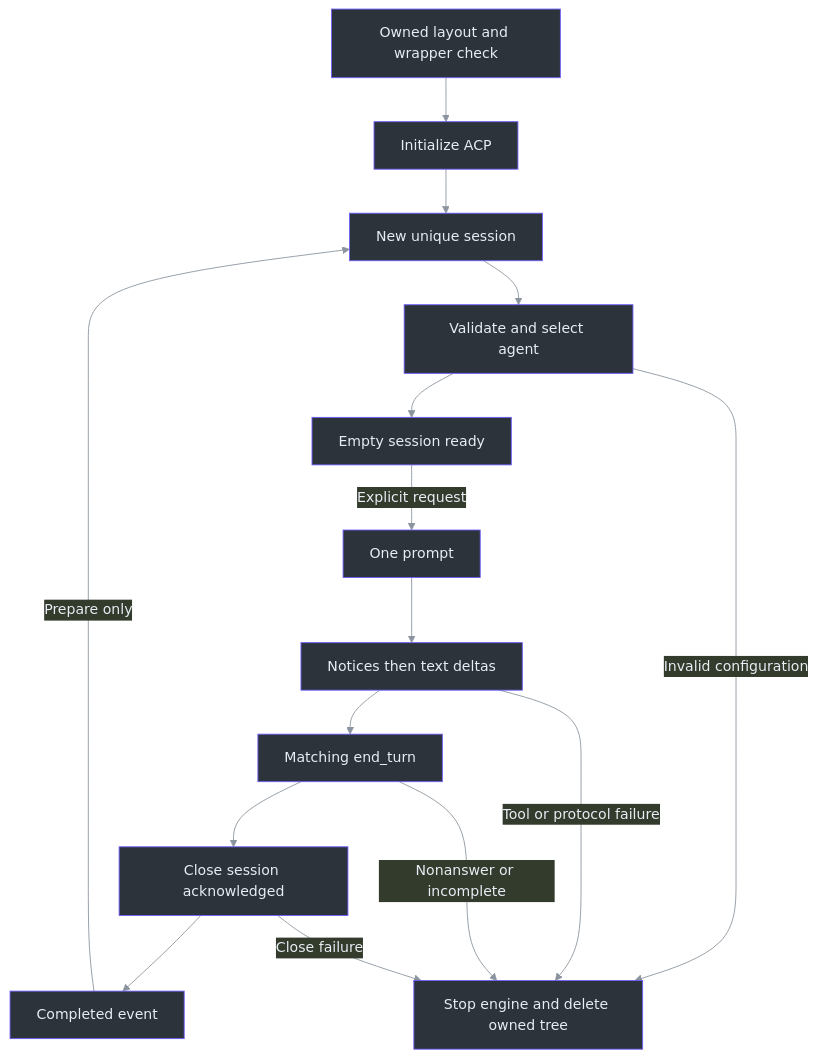
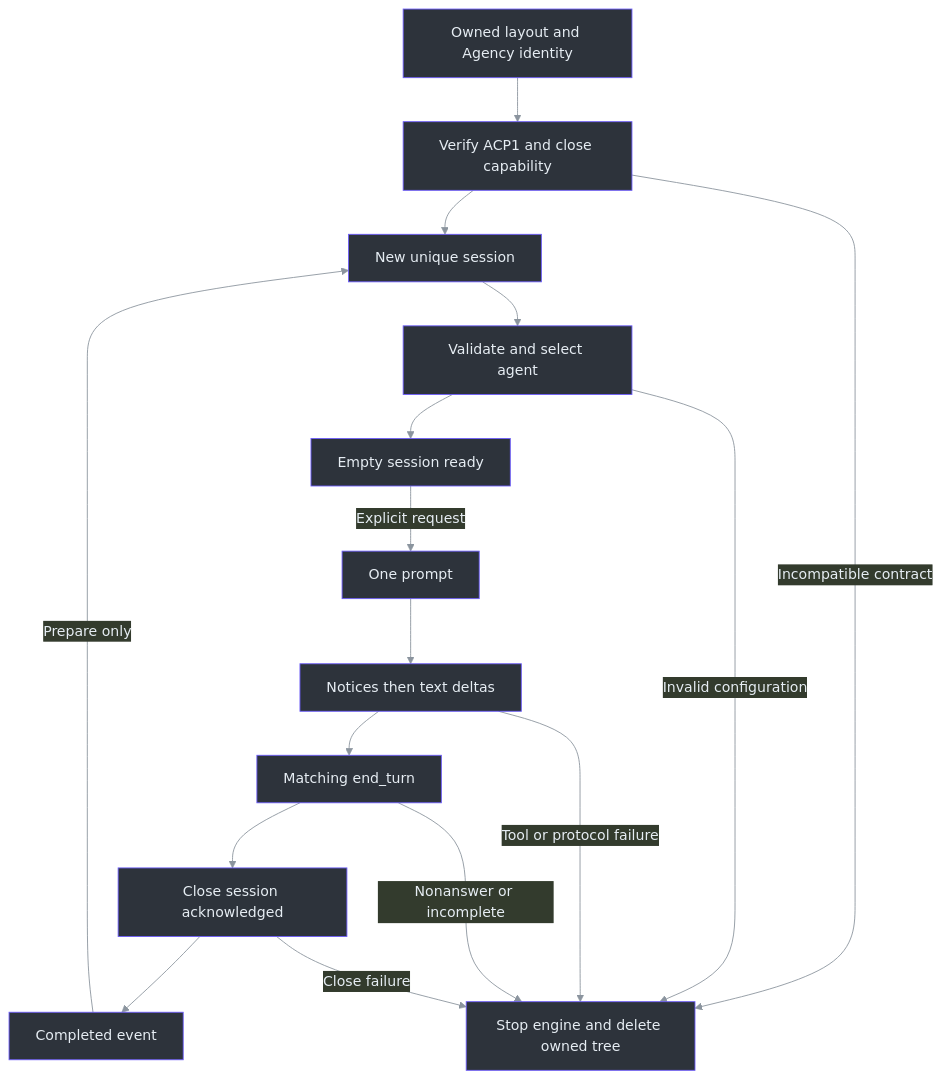
Before and after one commit to Zanark/phantom-fudge: the diagram in docs/handbook/assets/diagrams/24-provider-source-walkthrough-02.mmd, drawn with Mermaid. The commit also changed 54 other files, not shown here.

```diff
--- a/docs/handbook/assets/diagrams/24-provider-source-walkthrough-02.mmd
+++ b/docs/handbook/assets/diagrams/24-provider-source-walkthrough-02.mmd
@@ -1,37 +1,38 @@
 ---
 config:
   theme: base
   themeVariables:
     primaryColor: "#2d333b"
     primaryBorderColor: "#6d5dfc"
     primaryTextColor: "#e6edf3"
     lineColor: "#8b949e"
 ---
 flowchart TD
     accTitle: Agency lifecycle and terminal evidence
-    accDescr: Version and initialization lead to an empty selected session. A single explicit prompt streams bounded text. End-turn and close are required before completion. Failure destroys the engine; success may prepare an empty next session.
-    A["Owned layout and wrapper check"] --> B["Initialize ACP"]
+    accDescr: Wrapper identity and the required ACP contract lead to an empty selected session without release-number pins. A single explicit prompt streams bounded text. End-turn and close are required before completion. Failure destroys the engine; success may prepare an empty next session.
+    A["Owned layout and Agency identity"] --> B["Verify ACP1 and close capability"]
     B --> C["New unique session"]
     C --> D["Validate and select agent"]
     D --> E["Empty session ready"]
     E -->|Explicit request| F["One prompt"]
     F --> G["Notices then text deltas"]
     G --> H["Matching end_turn"]
     H --> I["Close session acknowledged"]
     I --> J["Completed event"]
     J -->|Prepare only| C
-    D -->|Invalid configuration| X["Stop engine and delete owned tree"]
+    B -->|Incompatible contract| X["Stop engine and delete owned tree"]
+    D -->|Invalid configuration| X
     G -->|Tool or protocol failure| X
     H -->|Nonanswer or incomplete| X
     I -->|Close failure| X
     style A fill:#2d333b,stroke:#6d5dfc,color:#e6edf3
     style B fill:#2d333b,stroke:#6d5dfc,color:#e6edf3
     style C fill:#2d333b,stroke:#6d5dfc,color:#e6edf3
     style D fill:#2d333b,stroke:#6d5dfc,color:#e6edf3
     style E fill:#2d333b,stroke:#6d5dfc,color:#e6edf3
     style F fill:#2d333b,stroke:#6d5dfc,color:#e6edf3
     style G fill:#2d333b,stroke:#6d5dfc,color:#e6edf3
     style H fill:#2d333b,stroke:#6d5dfc,color:#e6edf3
     style I fill:#2d333b,stroke:#6d5dfc,color:#e6edf3
     style J fill:#2d333b,stroke:#6d5dfc,color:#e6edf3
     style X fill:#2d333b,stroke:#6d5dfc,color:#e6edf3
```
